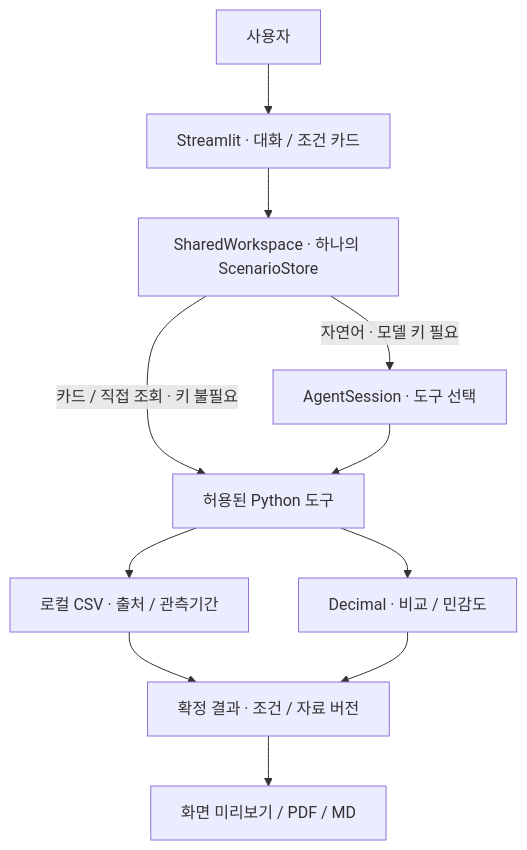
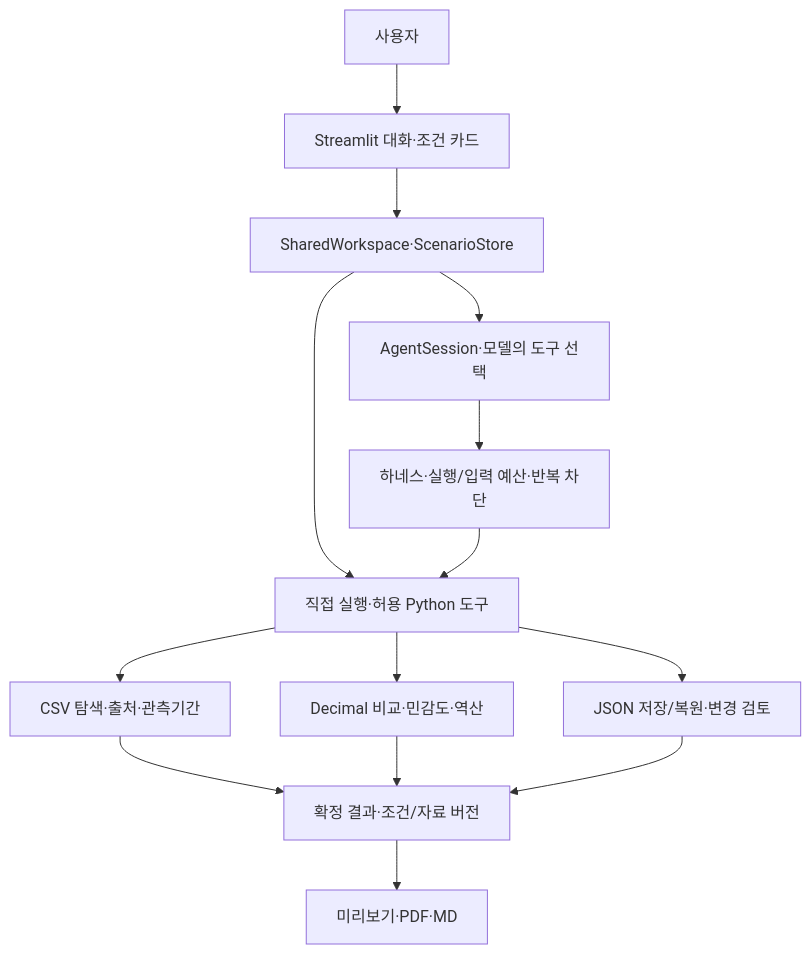
One commit to idenist/jeju-ai-agent-project changed the diagram in README.md. Above: the diagram before and after it, drawn with Mermaid. The commit also changed other lines of this file and 140 other files, not shown here.

````diff
--- a/README.md
+++ b/README.md
@@ -47,13 +49,16 @@
 ```mermaid
 flowchart TB
-    User["사용자"] --> UI["Streamlit · 대화 / 조건 카드"]
-    UI --> Workspace["SharedWorkspace · 하나의 ScenarioStore"]
-    Workspace -->|"자연어 · 모델 키 필요"| Agent["AgentSession · 도구 선택"]
-    Workspace -->|"카드 / 직접 조회 · 키 불필요"| Tools["허용된 Python 도구"]
-    Agent --> Tools
-    Tools --> CSV["로컬 CSV · 출처 / 관측기간"]
-    Tools --> Calc["Decimal · 비교 / 민감도"]
-    CSV --> Result["확정 결과 · 조건 / 자료 버전"]
-    Calc --> Result
-    Result --> Report["화면 미리보기 / PDF / MD"]
+    U["사용자"] --> UI["Streamlit 대화·조건 카드"]
+    UI --> W["SharedWorkspace·ScenarioStore"]
+    W --> A["AgentSession·모델의 도구 선택"]
+    W --> T["직접 실행·허용 Python 도구"]
+    A --> H["하네스·실행/입력 예산·반복 차단"]
+    H --> T
+    T --> D["CSV 탐색·출처·관측기간"]
+    T --> C["Decimal 비교·민감도·역산"]
+    T --> J["JSON 저장/복원·변경 검토"]
+    D --> R["확정 결과·조건/자료 버전"]
+    C --> R
+    J --> R
+    R --> P["미리보기·PDF·MD"]
 ```
````
